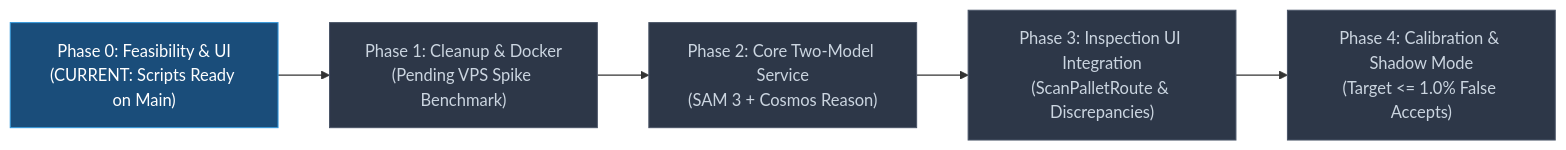
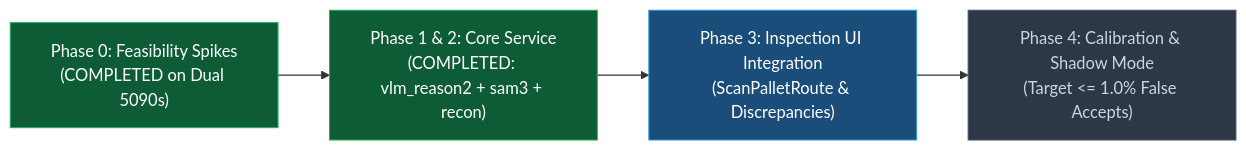
One commit to GodingWal2025/GXO-Loadout changed the first of 2 diagrams in BAG_COUNT_PLAN.md. Above: the diagram before and after it, drawn with Mermaid. The commit also changed other lines of this file and 4 other files, not shown here.

Commit message:
Phase 2: Two-model detector service (Qwen-VL GPU0 + SAM GPU1 + reconciliation)

````diff
--- a/BAG_COUNT_PLAN.md
+++ b/BAG_COUNT_PLAN.md
@@ -11,14 +11,14 @@
 ```mermaid
 flowchart LR
-    P0["Phase 0: Feasibility & UI\n(CURRENT: Scripts Ready on Main)"] --> P1["Phase 1: Cleanup & Docker\n(Pending VPS Spike Benchmark)"]
-    P1 --> P2["Phase 2: Core Two-Model Service\n(SAM 3 + Cosmos Reason)"]
-    P2 --> P3["Phase 3: Inspection UI Integration\n(ScanPalletRoute & Discrepancies)"]
+    P0["Phase 0: Feasibility Spikes\n(COMPLETED on Dual 5090s)"] --> P1["Phase 1 & 2: Core Service\n(COMPLETED: vlm_reason2 + sam3 + recon)"]
+    P1 --> P3["Phase 3: Inspection UI Integration\n(ScanPalletRoute & Discrepancies)"]
     P3 --> P4["Phase 4: Calibration & Shadow Mode\n(Target <= 1.0% False Accepts)"]
 
     classDef done fill:#0d5c36,stroke:#27ae60,color:#fff;
     classDef current fill:#1a4d7a,stroke:#3498db,color:#fff;
     classDef pending fill:#2d3748,stroke:#4a5568,color:#cbd5e0;
 
-    class P0 current;
-    class P1,P2,P3,P4 pending;
+    class P0,P1 done;
+    class P3 current;
+    class P4 pending;
 ```
````
